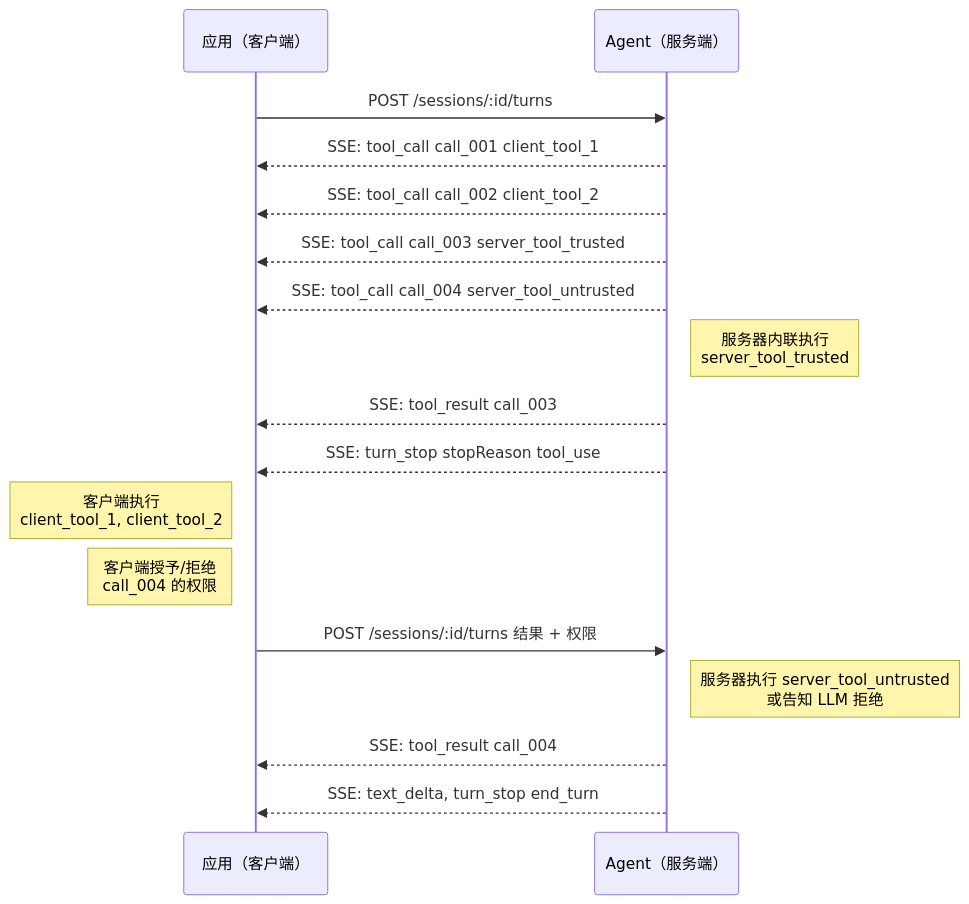
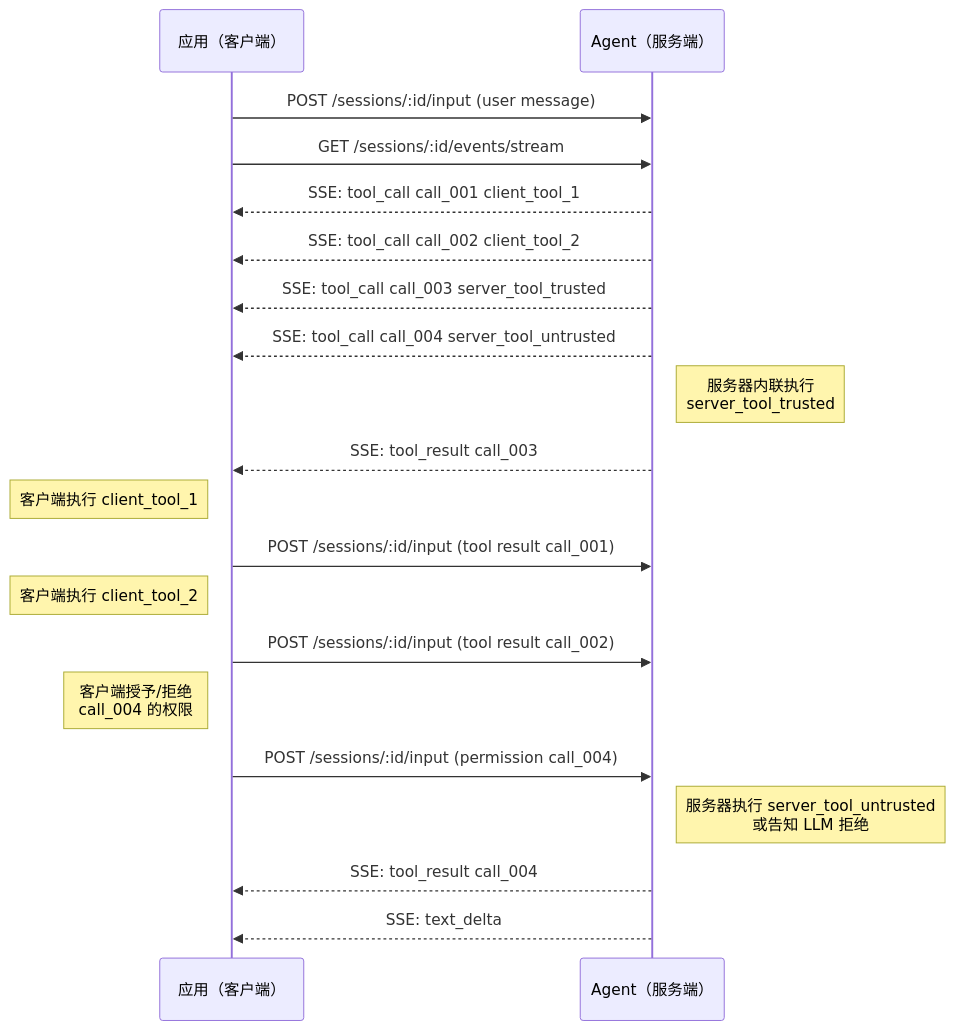
One commit to agentapplicationprotocol/agent-application-protocol changed the fourth of 4 diagrams in docs/zh/tool-call.md. Above: the diagram before and after it, drawn with Mermaid. The commit also changed other lines of this file and 27 other files, not shown here.

````diff
--- a/docs/zh/tool-call.md
+++ b/docs/zh/tool-call.md
@@ -83,20 +84,23 @@
 ```mermaid
 sequenceDiagram
     participant App as 应用（客户端）
     participant Agent as Agent（服务端）
 
-    App->>Agent: POST /sessions/:id/turns
+    App->>Agent: POST /sessions/:id/input (user message)
+    App->>Agent: GET /sessions/:id/events/stream
     Agent-->>App: SSE: tool_call call_001 client_tool_1
     Agent-->>App: SSE: tool_call call_002 client_tool_2
     Agent-->>App: SSE: tool_call call_003 server_tool_trusted
     Agent-->>App: SSE: tool_call call_004 server_tool_untrusted
     Note right of Agent: 服务器内联执行<br/>server_tool_trusted
     Agent-->>App: SSE: tool_result call_003
-    Agent-->>App: SSE: turn_stop stopReason tool_use
-    Note left of App: 客户端执行<br/>client_tool_1, client_tool_2
+    Note left of App: 客户端执行 client_tool_1
+    App->>Agent: POST /sessions/:id/input (tool result call_001)
+    Note left of App: 客户端执行 client_tool_2
+    App->>Agent: POST /sessions/:id/input (tool result call_002)
     Note left of App: 客户端授予/拒绝<br/>call_004 的权限
-    App->>Agent: POST /sessions/:id/turns 结果 + 权限
+    App->>Agent: POST /sessions/:id/input (permission call_004)
     Note right of Agent: 服务器执行 server_tool_untrusted<br/>或告知 LLM 拒绝
     Agent-->>App: SSE: tool_result call_004
-    Agent-->>App: SSE: text_delta, turn_stop end_turn
+    Agent-->>App: SSE: text_delta
 ```
````
